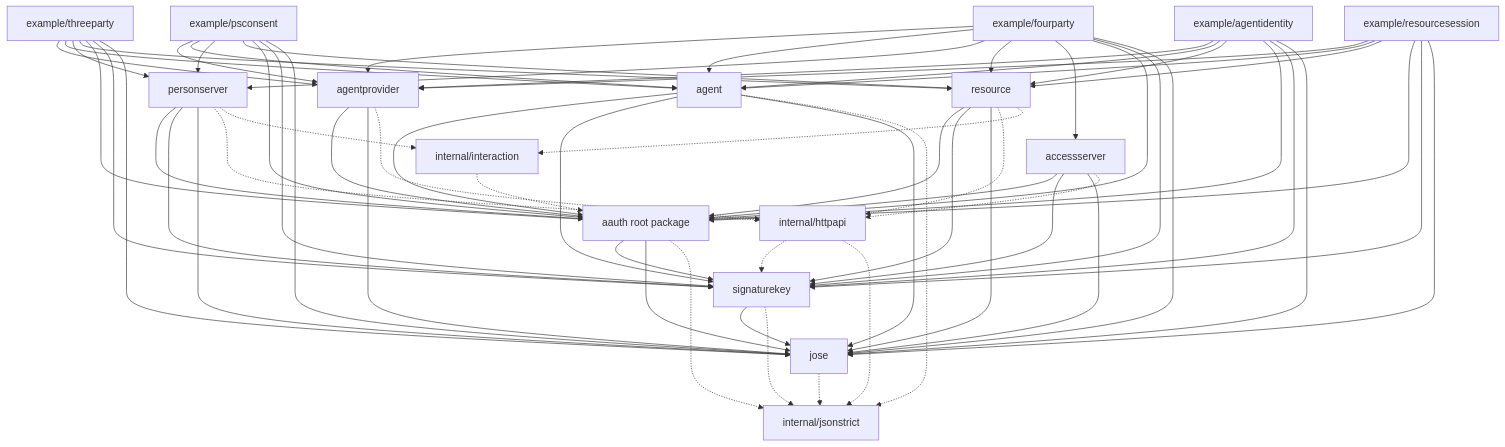
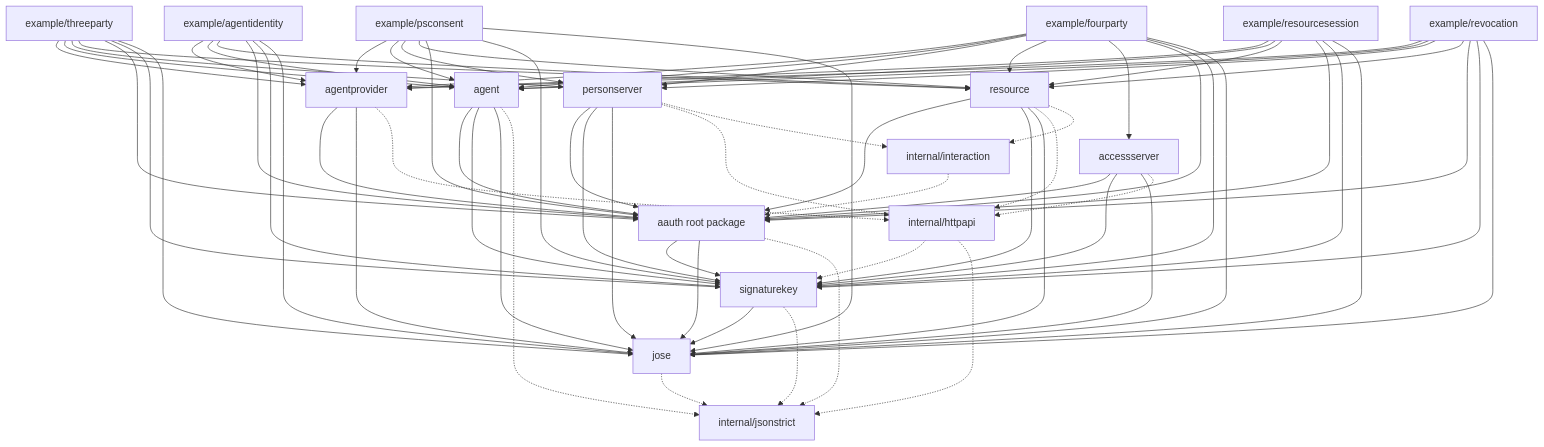
The first of 8 diagrams in ARCHITECTURE.md (sidecat-dev/aauth-go), drawn with Mermaid before and after one commit. The commit also changed other lines of this file and 20 other files, not shown here.

```diff
--- a/ARCHITECTURE.md
+++ b/ARCHITECTURE.md
@@ -24,6 +25,7 @@
     consentexample[example/psconsent]
     agentexample[example/agentidentity]
     sessionexample[example/resourcesession]
+    revocationexample[example/revocation]
     agentprovider[agentprovider]
     agent[agent]
     personserver[personserver]
@@ -70,6 +72,13 @@
     sessionexample --> core
     sessionexample --> sk
     sessionexample --> jose
+    revocationexample --> agentprovider
+    revocationexample --> agent
+    revocationexample --> personserver
+    revocationexample --> resource
+    revocationexample --> core
+    revocationexample --> sk
+    revocationexample --> jose
     agentprovider --> core
     agentprovider --> jose
     agent --> core
```
